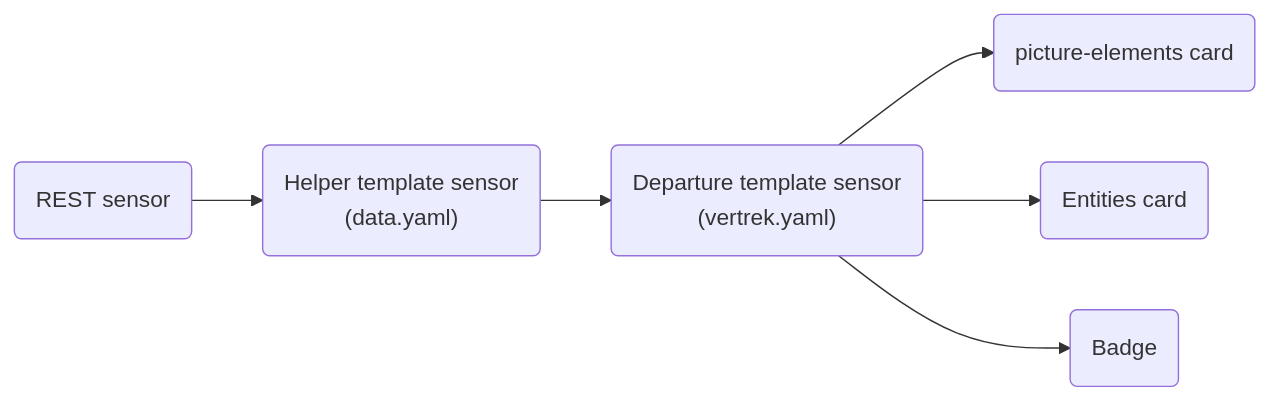
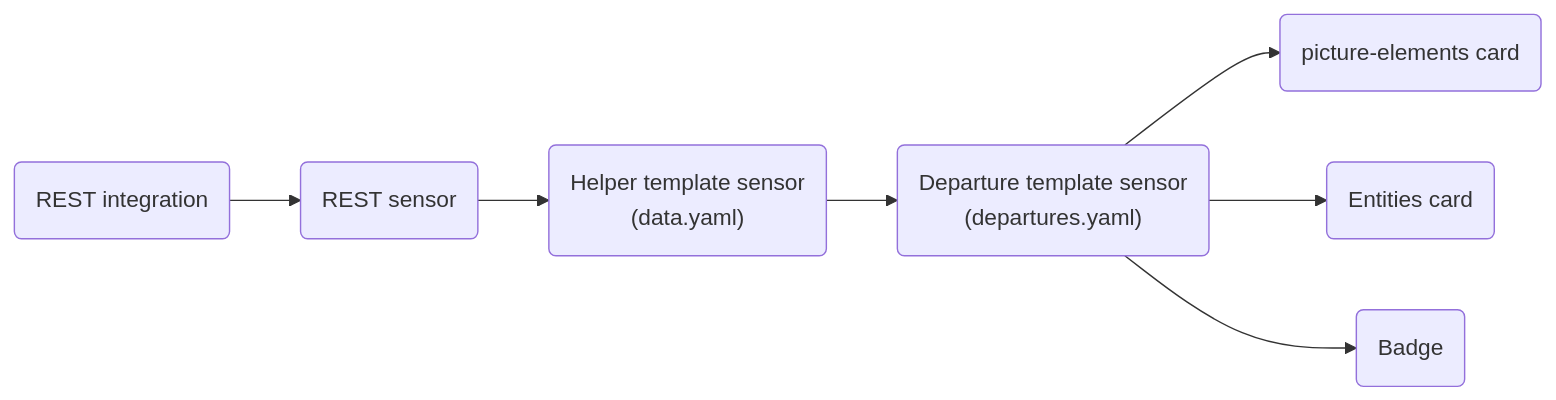
The diagram in README.md (CapitalT/HA-OVAPI-tools), drawn with Mermaid before and after one commit. The commit also changed other lines of this file and 4 other files, not shown here.

Commit message:
Changed how data is displayed in case of cancellation and when the bus left. Higher update frequency set. Displaying of values happen more or less in line with the DRIS display guidelines.

````diff
--- a/README.md
+++ b/README.md
@@ -14,7 +15,9 @@
 ```mermaid
-
 flowchart LR
-
-    rest("REST sensor") --> Helper("Helper template sensor\n(data.yaml)") --> Departures("Departure template sensor\n(vertrek.yaml)") --> DRIS("picture-elements card") & Entities("Entities card") & Badge(Badge)
-
+    integration("REST integration") --> rest
+    rest("REST sensor") --> Helper("Helper template sensor<br/>(data.yaml)")
+    Helper --> Departures("Departure template sensor<br/>(departures.yaml)")
+    Departures --> DRIS("picture-elements card")
+    Departures --> Entities("Entities card")
+    Departures --> Badge("Badge")
 ```
````
